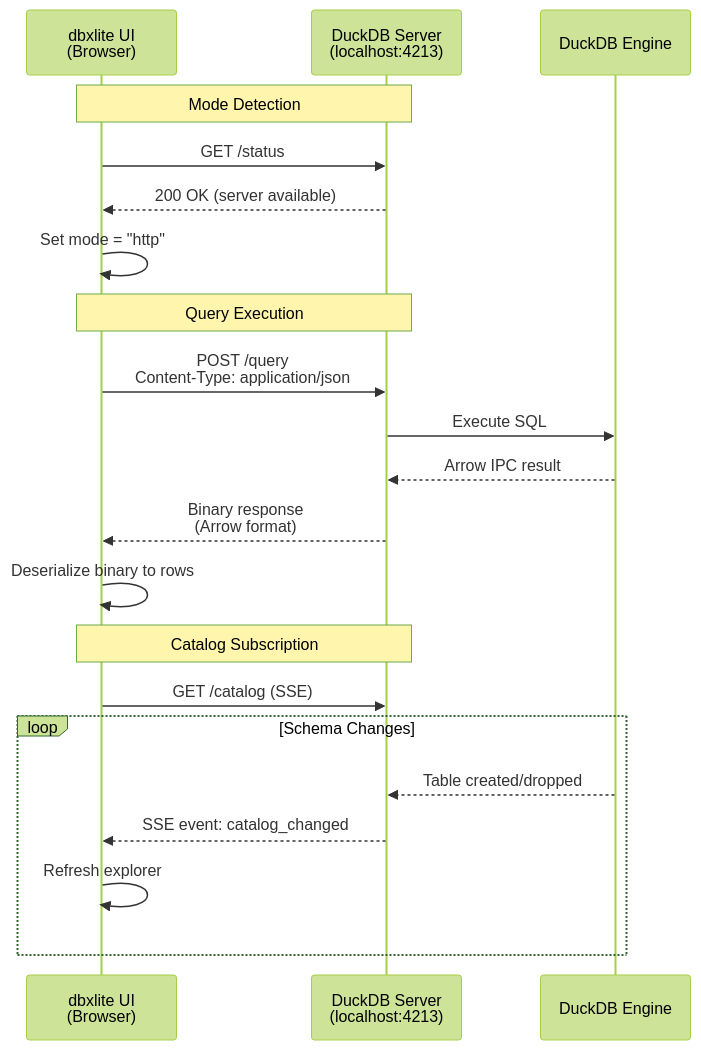
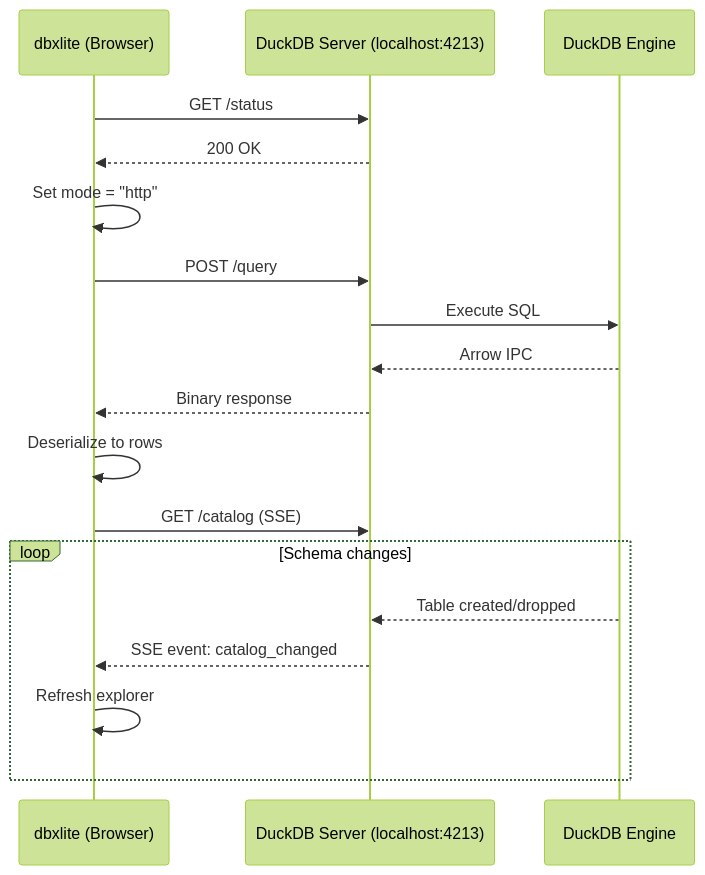
One commit to hfmsio/dbxlite changed the first of 9 diagrams in docs/ARCHITECTURE.md. Above: the diagram before and after it, drawn with Mermaid (forest theme). The commit also changed other lines of this file and 154 other files, not shown here.

````diff
--- a/docs/ARCHITECTURE.md
+++ b/docs/ARCHITECTURE.md
@@ -108,26 +13,23 @@
 ```mermaid
 sequenceDiagram
-    participant UI as dbxlite UI<br/>(Browser)
-    participant Server as DuckDB Server<br/>(localhost:4213)
+    participant UI as dbxlite (Browser)
+    participant Server as DuckDB Server (localhost:4213)
     participant DB as DuckDB Engine
 
-    Note over UI,Server: Mode Detection
     UI->>Server: GET /status
-    Server-->>UI: 200 OK (server available)
+    Server-->>UI: 200 OK
     UI->>UI: Set mode = "http"
 
-    Note over UI,Server: Query Execution
-    UI->>Server: POST /query<br/>Content-Type: application/json
+    UI->>Server: POST /query
     Server->>DB: Execute SQL
-    DB-->>Server: Arrow IPC result
-    Server-->>UI: Binary response<br/>(Arrow format)
-    UI->>UI: Deserialize binary to rows
+    DB-->>Server: Arrow IPC
+    Server-->>UI: Binary response
+    UI->>UI: Deserialize to rows
 
-    Note over UI,Server: Catalog Subscription
     UI->>Server: GET /catalog (SSE)
-    loop Schema Changes
+    loop Schema changes
         DB-->>Server: Table created/dropped
         Server-->>UI: SSE event: catalog_changed
         UI->>UI: Refresh explorer
     end
 ```
````
